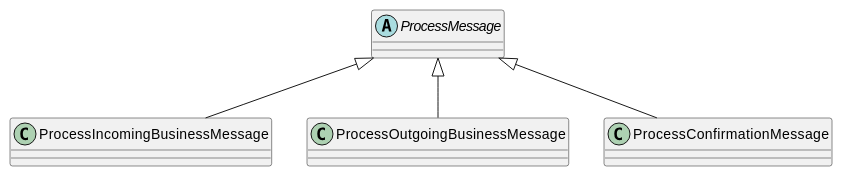
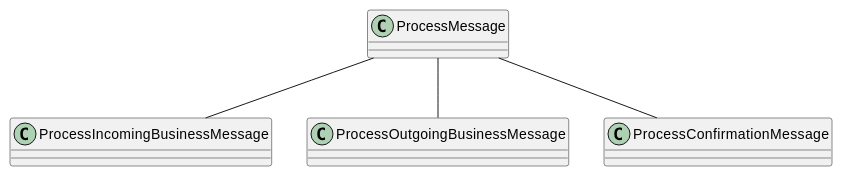
Before and after one commit to muell16/domibusConnector: the diagram in domibusConnector/domibusConnectorDocumentation/src/asciidoc/doc/architecture/connector5/flows/level1/l1_process_message.adoc, drawn with PlantUML. The commit also changed other lines of this file and 122 other files, not shown here.

```diff
--- a/domibusConnector/domibusConnectorDocumentation/src/asciidoc/doc/architecture/connector5/flows/level1/l1_process_message.adoc
+++ b/domibusConnector/domibusConnectorDocumentation/src/asciidoc/doc/architecture/connector5/flows/level1/l1_process_message.adoc
@@ -14,12 +14,12 @@
 [plantuml]
 ----
 @startuml
 
-abstract ProcessMessage
+class ProcessMessage
 
-ProcessMessage <|-- ProcessIncomingBusinessMessage
-ProcessMessage <|-- ProcessOutgoingBusinessMessage
-ProcessMessage <|-- ProcessConfirmationMessage
+ProcessMessage -- ProcessIncomingBusinessMessage
+ProcessMessage -- ProcessOutgoingBusinessMessage
+ProcessMessage -- ProcessConfirmationMessage
 
 @enduml
 ----
```
